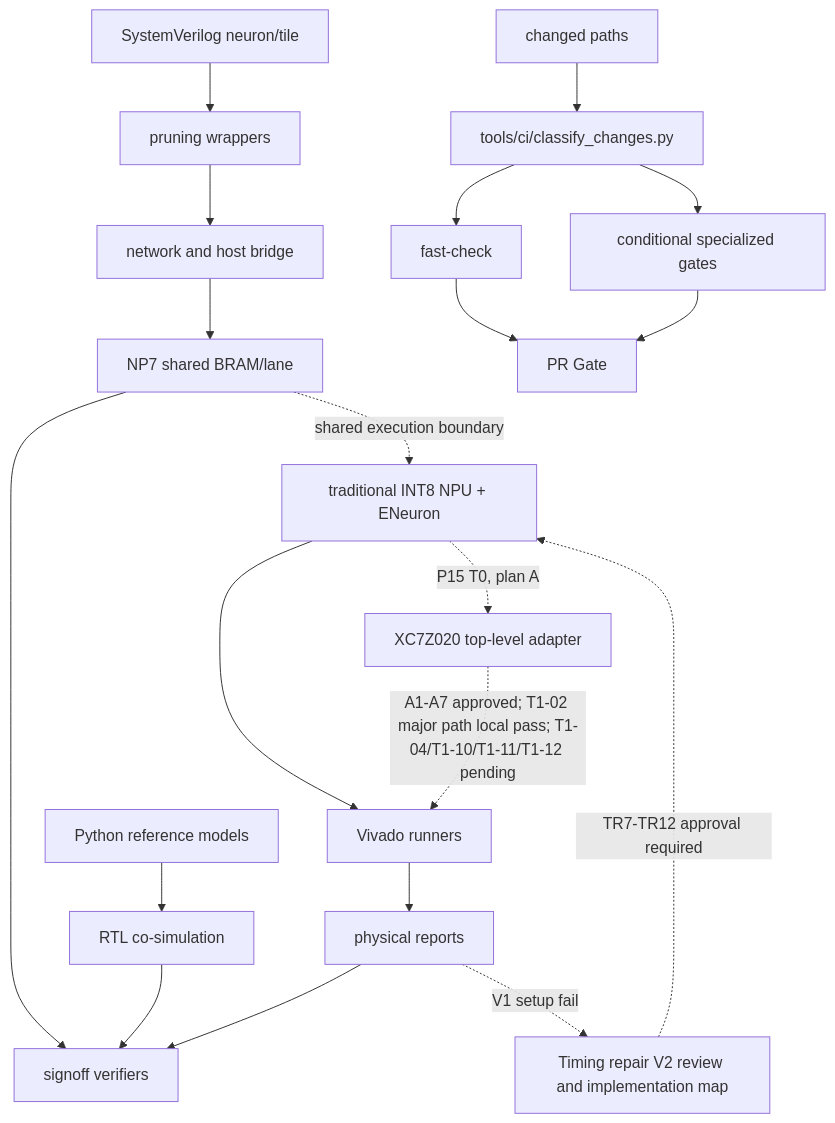
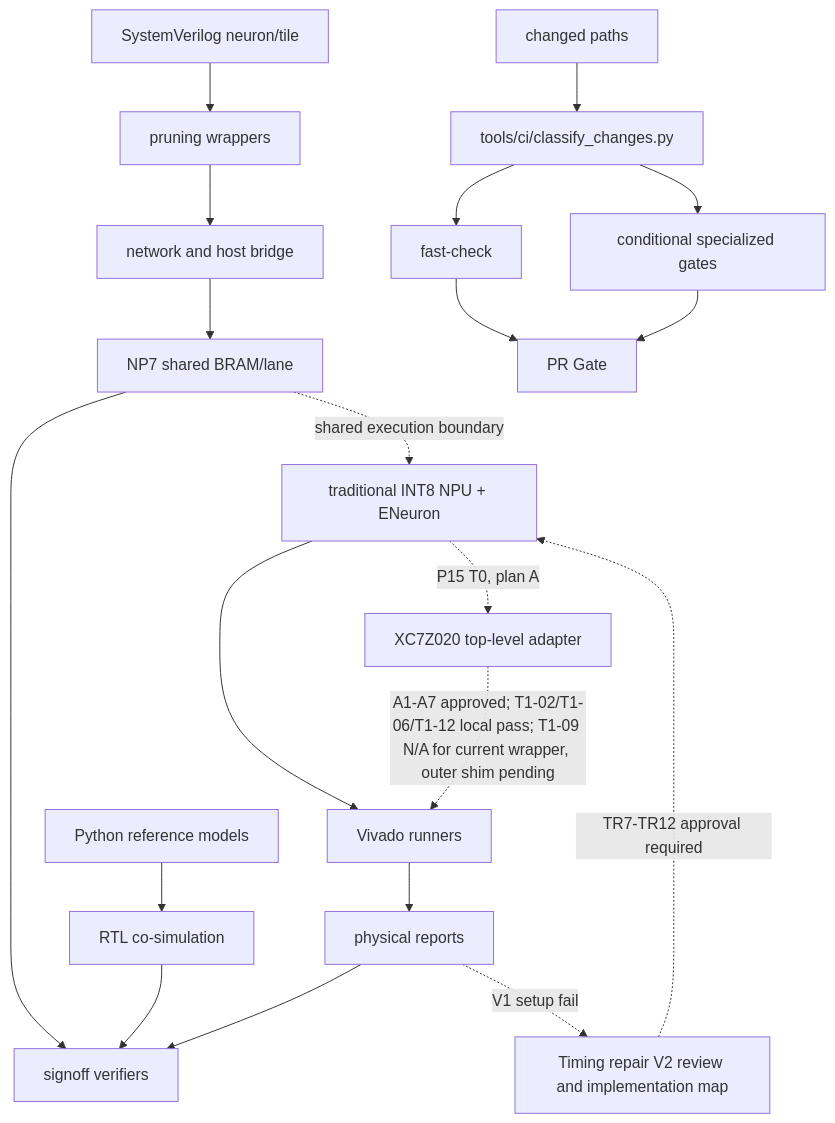
The diagram in .nexus-map/arch/dependencies.md (Epslion404/ENeuron), drawn with Mermaid before and after one commit. The commit also changed other lines of this file and 6 other files, not shown here.

````diff
--- a/.nexus-map/arch/dependencies.md
+++ b/.nexus-map/arch/dependencies.md
@@ -7,22 +7,22 @@
 ```mermaid
 graph TD
   ref[Python reference models] --> cosim[RTL co-simulation]
   rtl[SystemVerilog neuron/tile] --> wrap[pruning wrappers]
   wrap --> net[network and host bridge]
   net --> np7[NP7 shared BRAM/lane]
   np7 --> verify[signoff verifiers]
   cosim --> verify[signoff verifiers]
   vivado[Vivado runners] --> reports[physical reports]
   reports --> verify
   reports -. V1 setup fail .-> timing[Timing repair V2 review and implementation map]
   timing -. TR7-TR12 approval required .-> npu
   np7 -. shared execution boundary .-> npu[traditional INT8 NPU + ENeuron]
   npu --> vivado
   npu -. P15 T0, plan A .-> p15[XC7Z020 top-level adapter]
-  p15 -. A1-A7 approved; T1-02 major path local pass; T1-04/T1-10/T1-11/T1-12 pending .-> vivado
+  p15 -. A1-A7 approved; T1-02/T1-06/T1-12 local pass; T1-09 N/A for current wrapper, outer shim pending .-> vivado
   changes[changed paths] --> classify[tools/ci/classify_changes.py]
   classify --> fast[fast-check]
   classify --> specialized[conditional specialized gates]
   fast --> gate[PR Gate]
   specialized --> gate
 ```
````
